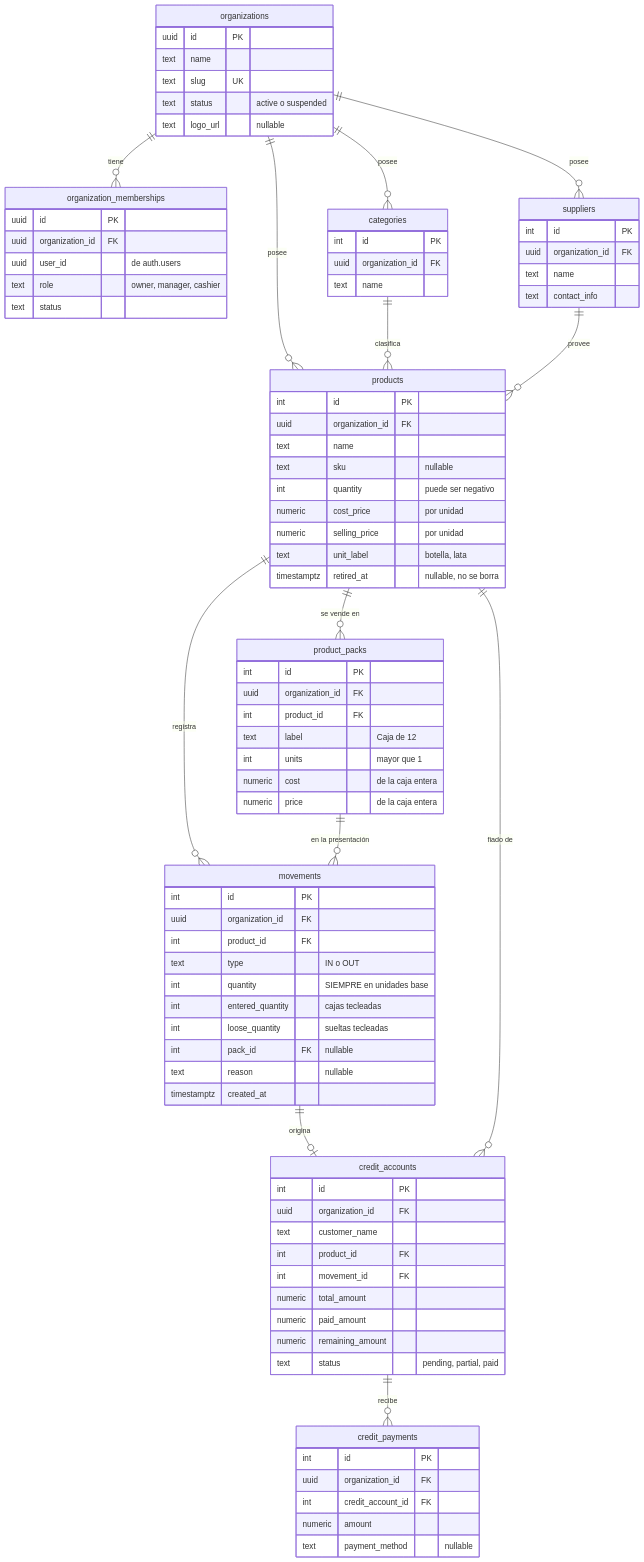
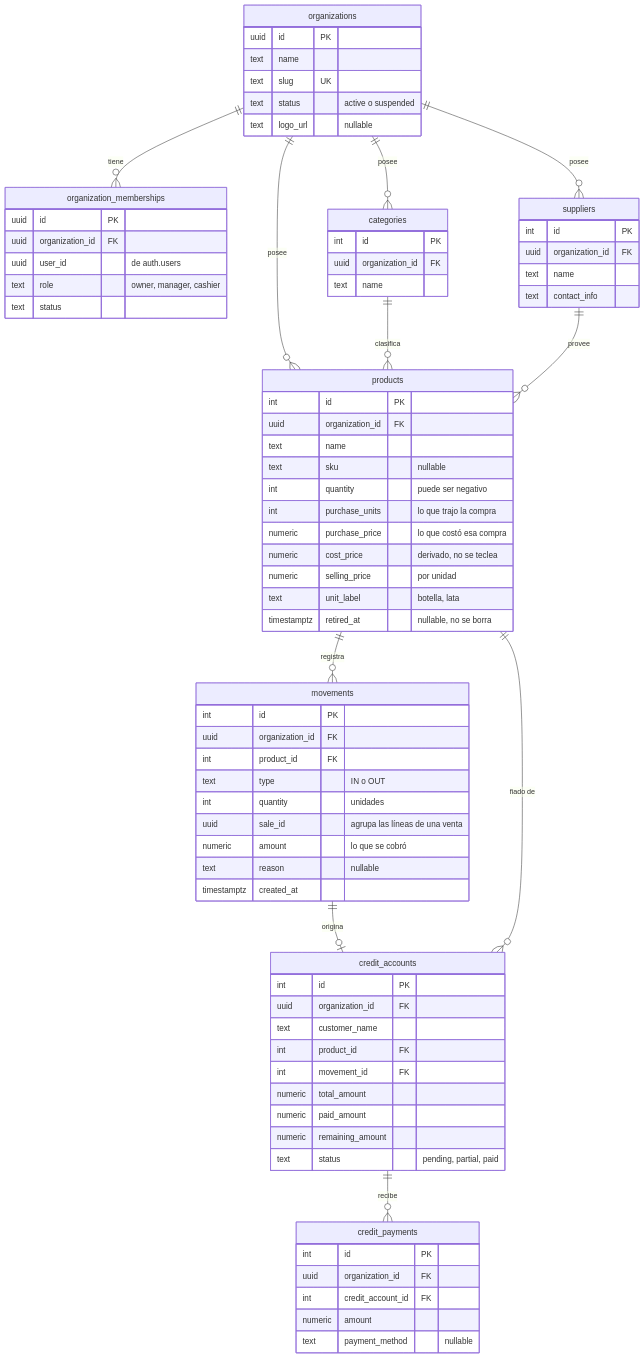
The third of 6 diagrams in README.md (Angel17jc/Inventario), drawn with Mermaid before and after one commit. The commit also changed other lines of this file and 2 other files, not shown here.

First line of the commit message:
docs: describe the product as it is now, and rebuild the smoke test

```diff
--- a/README.md
+++ b/README.md
@@ -196,9 +195,7 @@
     organizations ||--o{ suppliers : "posee"
     categories    ||--o{ products : "clasifica"
     suppliers     ||--o{ products : "provee"
-    products      ||--o{ product_packs : "se vende en"
     products      ||--o{ movements : "registra"
-    product_packs ||--o{ movements : "en la presentación"
     movements     ||--o| credit_accounts : "origina"
     products      ||--o{ credit_accounts : "fiado de"
     credit_accounts ||--o{ credit_payments : "recibe"
@@ -223,29 +220,21 @@
         text name
         text sku "nullable"
         int quantity "puede ser negativo"
-        numeric cost_price "por unidad"
+        int purchase_units "lo que trajo la compra"
+        numeric purchase_price "lo que costó esa compra"
+        numeric cost_price "derivado, no se teclea"
         numeric selling_price "por unidad"
         text unit_label "botella, lata"
         timestamptz retired_at "nullable, no se borra"
-    }
-    product_packs {
-        int id PK
-        uuid organization_id FK
-        int product_id FK
-        text label "Caja de 12"
-        int units "mayor que 1"
-        numeric cost "de la caja entera"
-        numeric price "de la caja entera"
     }
     movements {
         int id PK
         uuid organization_id FK
         int product_id FK
         text type "IN o OUT"
-        int quantity "SIEMPRE en unidades base"
-        int entered_quantity "cajas tecleadas"
-        int loose_quantity "sueltas tecleadas"
-        int pack_id FK "nullable"
+        int quantity "unidades"
+        uuid sale_id "agrupa las líneas de una venta"
+        numeric amount "lo que se cobró"
         text reason "nullable"
         timestamptz created_at
     }
```
